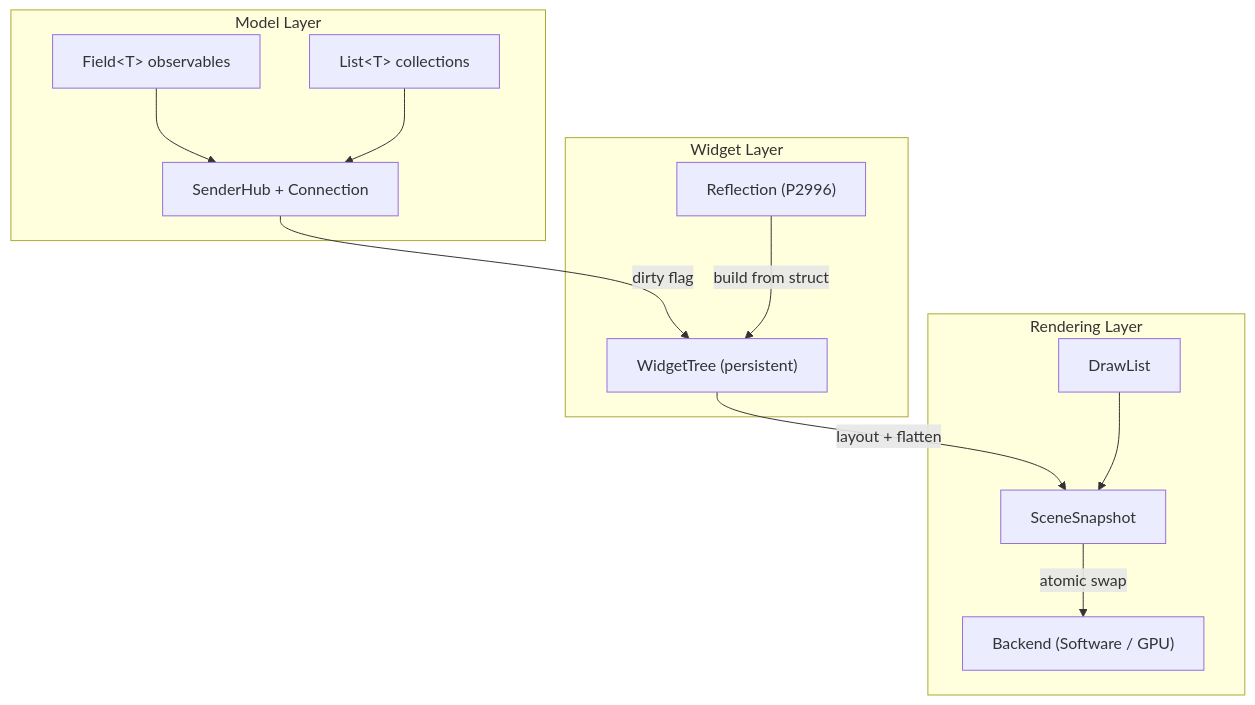
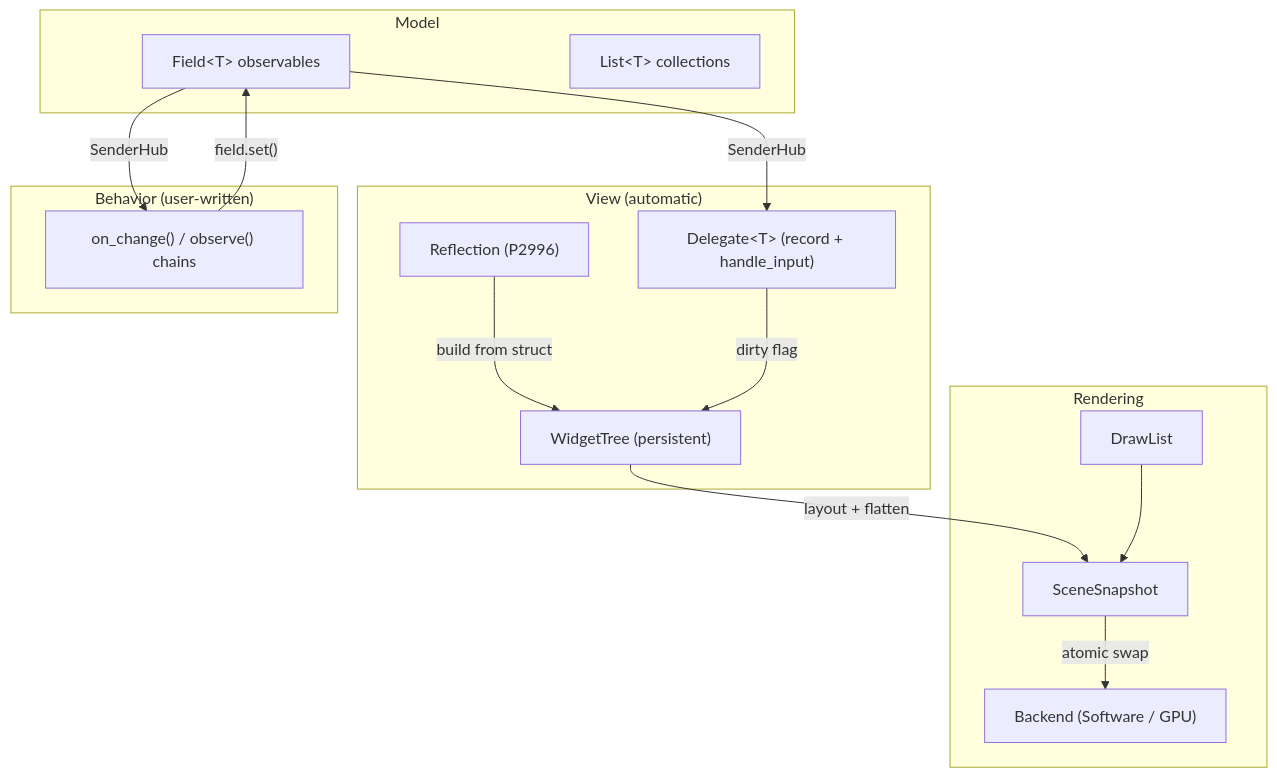
One commit to jeandet/PRSIM changed the diagram in doc/design/README.md. Above: the diagram before and after it, drawn with Mermaid. The commit also changed other lines of this file and 7 other files, not shown here.

````diff
--- a/doc/design/README.md
+++ b/doc/design/README.md
@@ -9,27 +17,32 @@
 ```mermaid
 graph TB
-    subgraph "Model Layer"
+    subgraph "Model"
         F["Field&lt;T&gt; observables"]
         L["List&lt;T&gt; collections"]
-        S["SenderHub + Connection"]
     end
 
-    subgraph "Widget Layer"
+    subgraph "View (automatic)"
+        D["Delegate&lt;T&gt; (record + handle_input)"]
         WT["WidgetTree (persistent)"]
         R["Reflection (P2996)"]
     end
 
-    subgraph "Rendering Layer"
+    subgraph "Behavior (user-written)"
+        B["on_change() / observe() chains"]
+    end
+
+    subgraph "Rendering"
         DL["DrawList"]
         SS["SceneSnapshot"]
         BE["Backend (Software / GPU)"]
     end
 
-    F --> S
-    L --> S
-    S -->|"dirty flag"| WT
+    F -->|"SenderHub"| D
+    F -->|"SenderHub"| B
+    B -->|"field.set()"| F
     R -->|"build from struct"| WT
+    D -->|"dirty flag"| WT
     WT -->|"layout + flatten"| SS
     SS -->|"atomic swap"| BE
     DL --> SS
 ```
````
